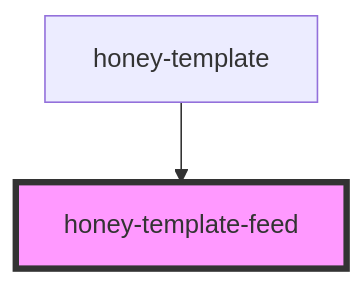
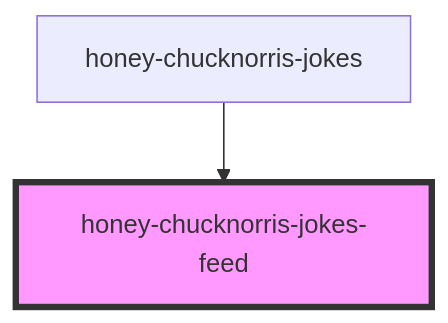
The diagram in src/components/honey-news/news/readme.md (Huluvu424242/honey-chucknorris-jokes), drawn with Mermaid before and after one commit. The commit also changed other lines of this file and 20 other files, not shown here.

````diff
--- a/src/components/honey-news/news/readme.md
+++ b/src/components/honey-news/news/readme.md
@@ -36,5 +36,5 @@
 ```mermaid
 graph TD;
-  honey-template --> honey-template-feed
-  style honey-template-feed fill:#f9f,stroke:#333,stroke-width:4px
+  honey-chucknorris-jokes --> honey-chucknorris-jokes-feed
+  style honey-chucknorris-jokes-feed fill:#f9f,stroke:#333,stroke-width:4px
 ```
````
